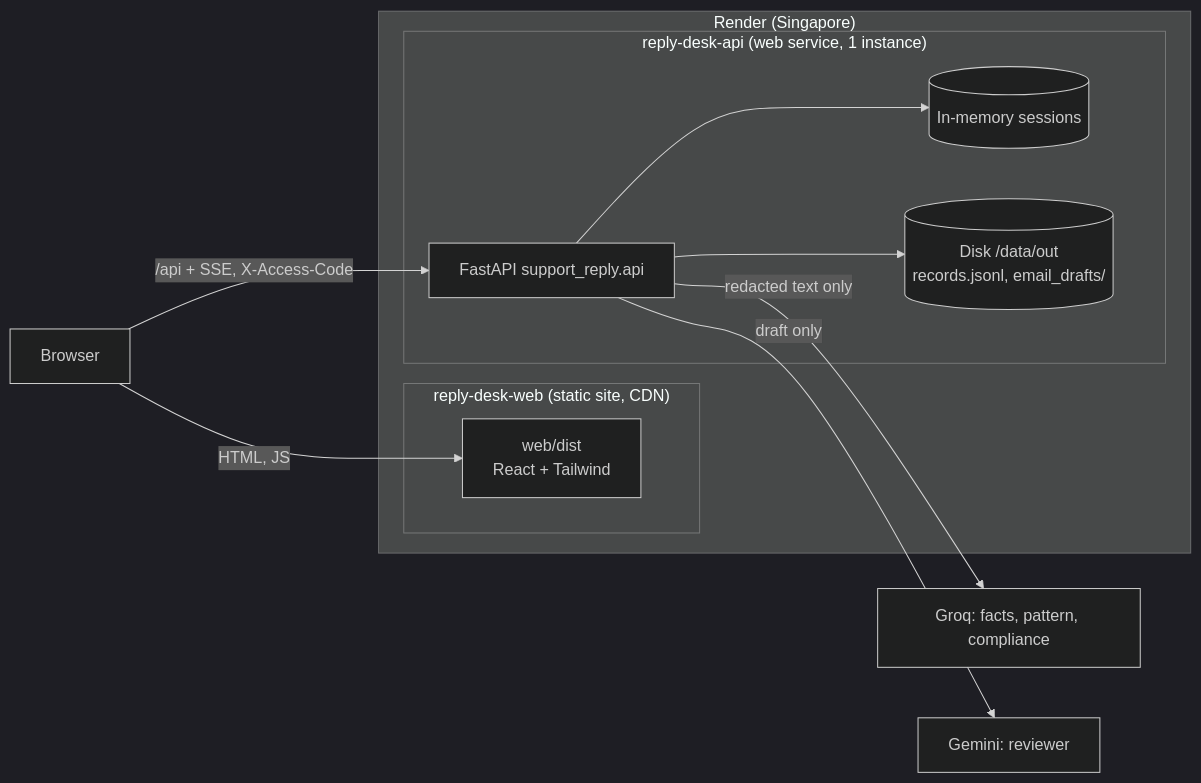
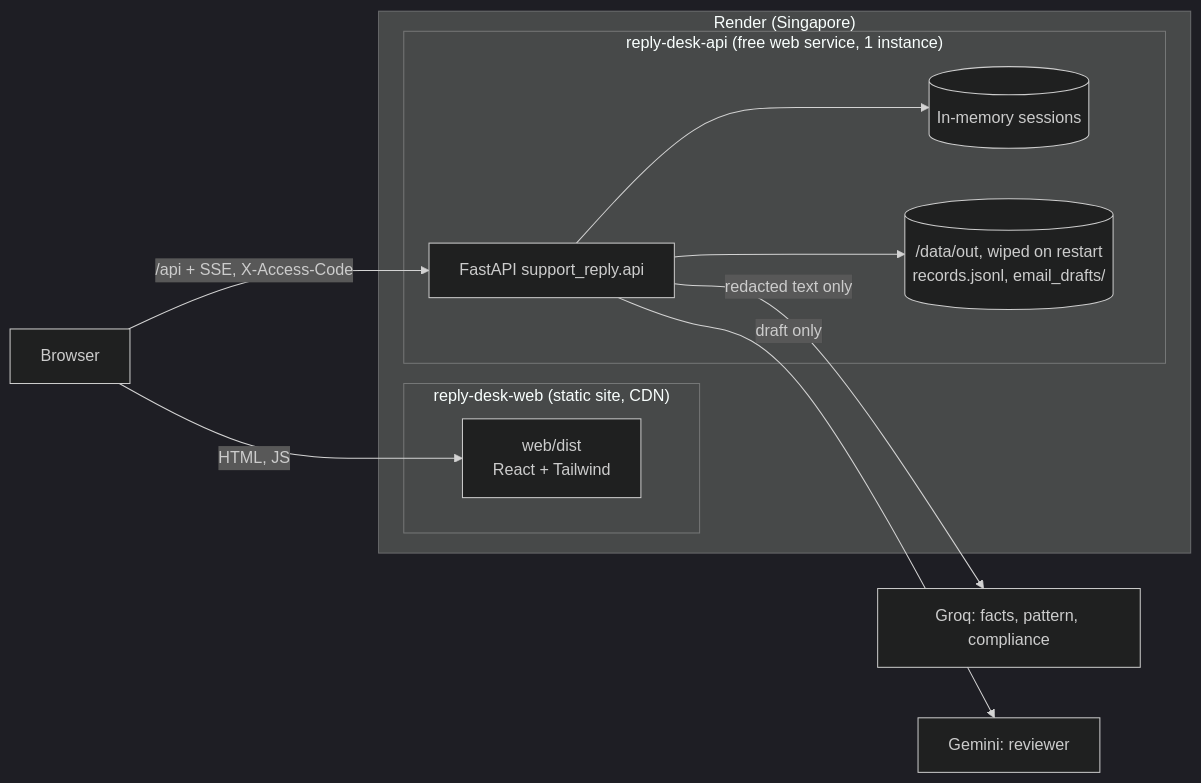
One commit to ganeshkondaveeti/multi-agentic-system changed the first of 2 diagrams in docs/deployment-plan.md. Above: the diagram before and after it, drawn with Mermaid (dark theme). The commit also changed other lines of this file and 3 other files, not shown here.

First line of the commit message:
Run the Render API on the free plan

````diff
--- a/docs/deployment-plan.md
+++ b/docs/deployment-plan.md
@@ -33,23 +33,23 @@
 ```mermaid
 flowchart LR
   Browser[Browser]
   subgraph Render["Render (Singapore)"]
     subgraph Static["reply-desk-web (static site, CDN)"]
       Web[web/dist<br/>React + Tailwind]
     end
-    subgraph Service["reply-desk-api (web service, 1 instance)"]
+    subgraph Service["reply-desk-api (free web service, 1 instance)"]
       API[FastAPI support_reply.api]
       Store[(In-memory sessions)]
-      Disk[(Disk /data/out<br/>records.jsonl, email_drafts/)]
+      Disk[(/data/out, wiped on restart<br/>records.jsonl, email_drafts/)]
     end
   end
   Groq[Groq: facts, pattern, compliance]
   Gemini[Gemini: reviewer]
 
   Browser -->|HTML, JS| Web
   Browser -->|/api + SSE, X-Access-Code| API
   API --> Store
   API --> Disk
   API -->|redacted text only| Groq
   API -->|draft only| Gemini
 ```
````
